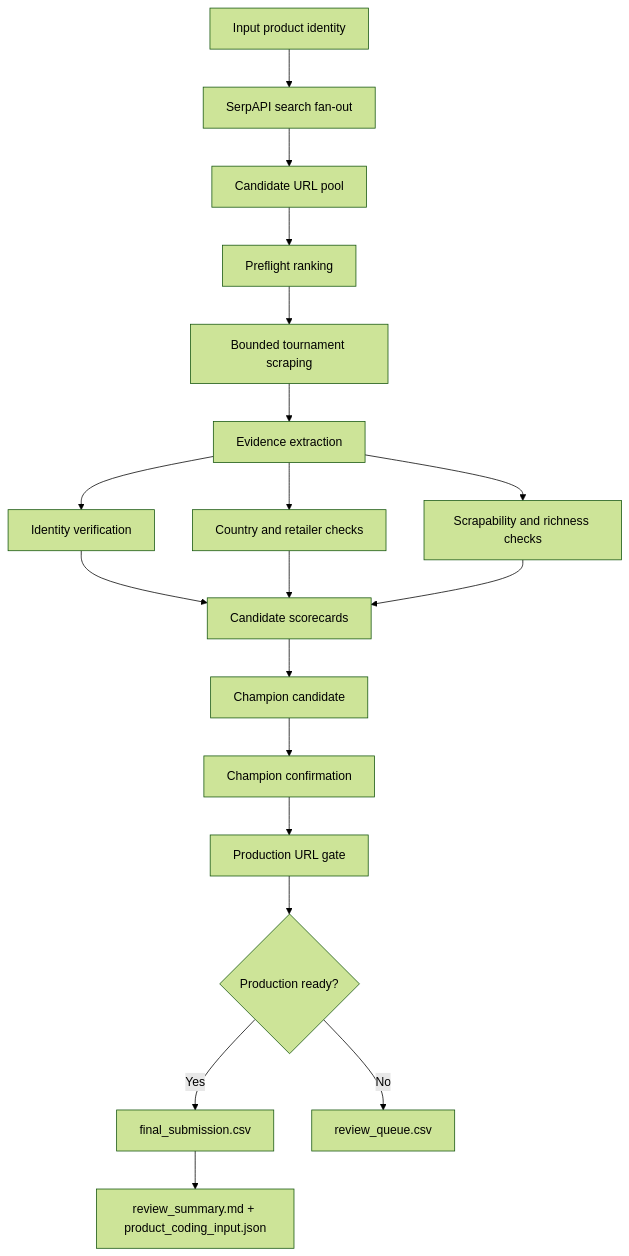
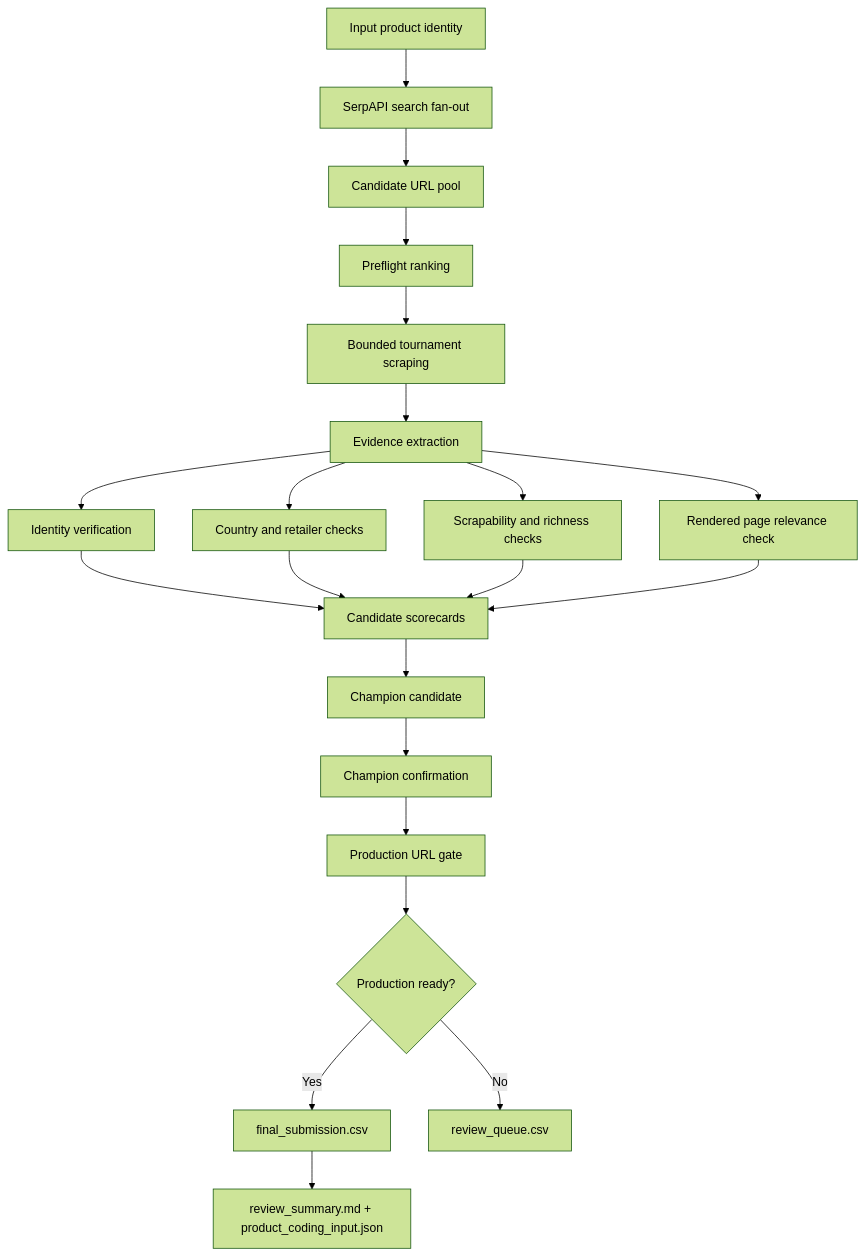
One commit to Akilankm/web_search_tool changed the second of 3 diagrams in README.md. Above: the diagram before and after it, drawn with Mermaid (forest theme). The commit also changed other lines of this file, not shown here.

````diff
--- a/README.md
+++ b/README.md
@@ -49,21 +51,23 @@
 ```mermaid
 flowchart TD
     A[Input product identity] --> B[SerpAPI search fan-out]
     B --> C[Candidate URL pool]
     C --> D[Preflight ranking]
     D --> E[Bounded tournament scraping]
     E --> F[Evidence extraction]
     F --> G[Identity verification]
     F --> H[Country and retailer checks]
     F --> I[Scrapability and richness checks]
+    F --> R[Rendered page relevance check]
     G --> J[Candidate scorecards]
     H --> J
     I --> J
+    R --> J
     J --> K[Champion candidate]
     K --> L[Champion confirmation]
     L --> M[Production URL gate]
     M --> N{Production ready?}
     N -->|Yes| O[final_submission.csv]
     N -->|No| P[review_queue.csv]
     O --> Q[review_summary.md + product_coding_input.json]
 ```
````
